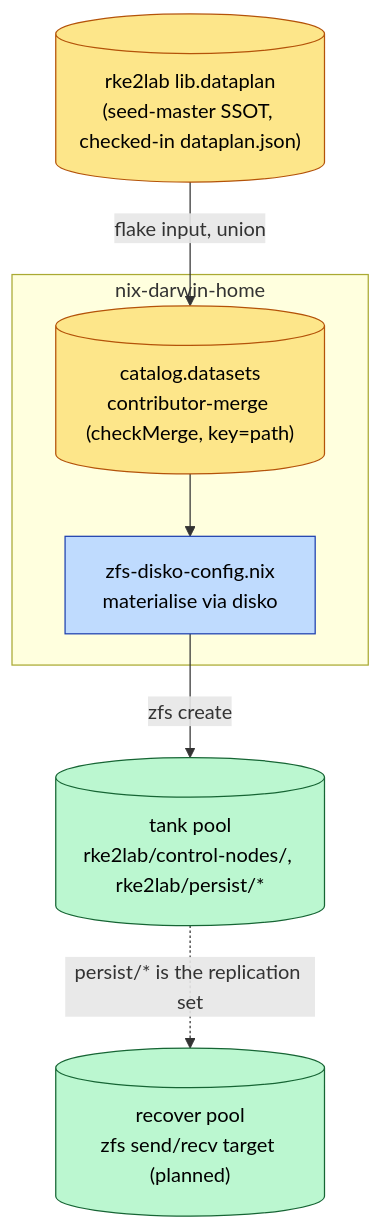
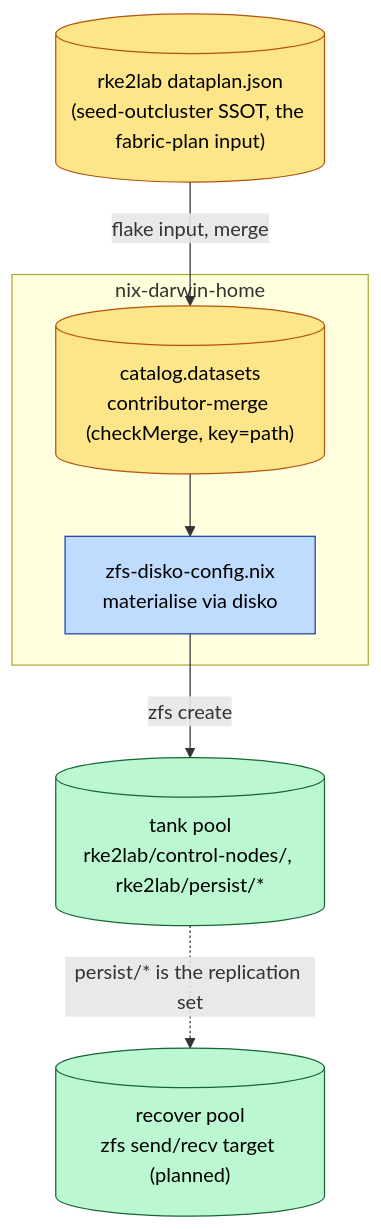
The diagram in docs/dataset-catalog.adoc (seedmatic/ndh), drawn with Mermaid before and after one commit. The commit also changed other lines of this file and 1 other file, not shown here.

```diff
--- a/docs/dataset-catalog.adoc
+++ b/docs/dataset-catalog.adoc
@@ -56,18 +57,18 @@
 [mermaid]
 ....
 flowchart TB
-  DP[("rke2lab lib.dataplan\n(seed-master SSOT, checked-in dataplan.json)")]:::data
+  DP[("rke2lab dataplan.json\n(seed-outcluster SSOT, the fabric-plan input)")]:::data
   subgraph ndh [nix-darwin-home]
     CAT[("catalog.datasets\ncontributor-merge (checkMerge, key=path)")]:::data
     DISKO["zfs-disko-config.nix\nmaterialise via disko"]:::infra
   end
   POOL[("tank pool\nrke2lab/control-nodes/<node>, rke2lab/persist/*")]:::store
   RECOVER[("recover pool\nzfs send/recv target (planned)")]:::store
 
-  DP -->|"flake input, union"| CAT --> DISKO -->|"zfs create"| POOL
+  DP -->|"flake input, merge"| CAT --> DISKO -->|"zfs create"| POOL
   POOL -.->|"persist/* is the replication set"| RECOVER
 
   classDef data fill:#fde68a,stroke:#b45309,color:#000;
   classDef infra fill:#bfdbfe,stroke:#1e40af,color:#000;
   classDef store fill:#bbf7d0,stroke:#166534,color:#000;
 ....
```
